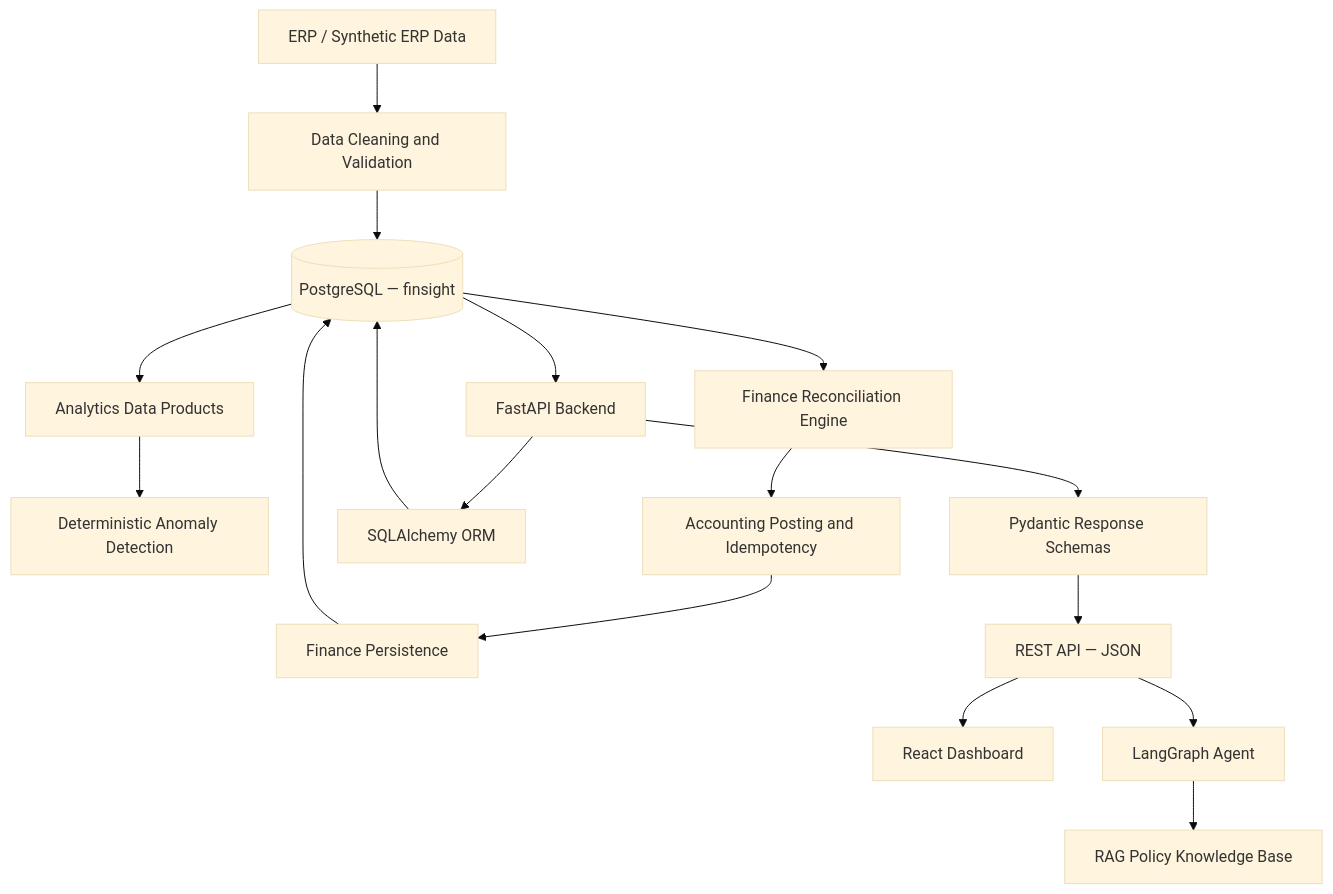
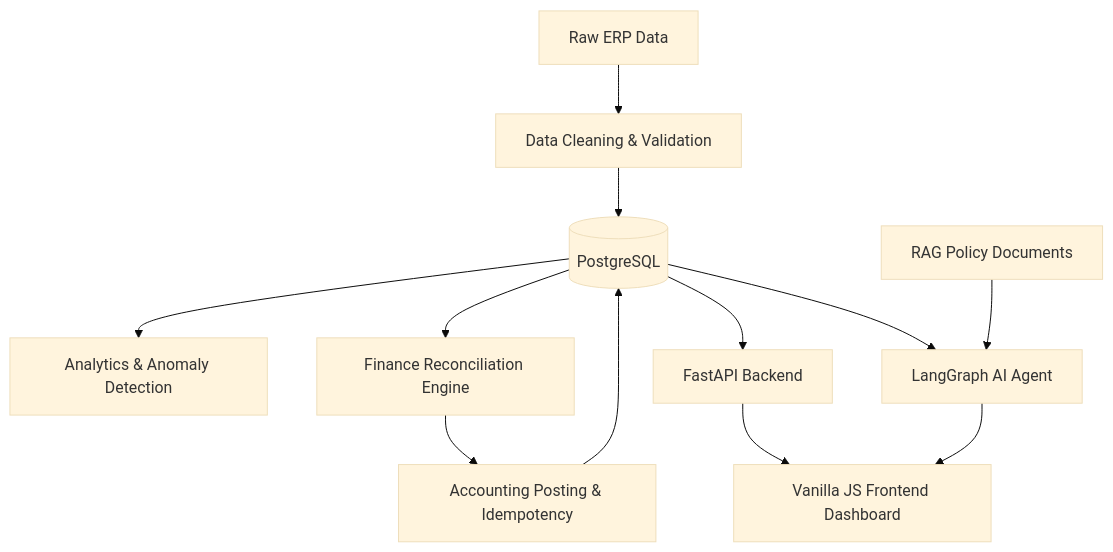
Before and after one commit to OjusGupta/Finsight: the first of 2 diagrams in README.md, drawn with Mermaid (base theme). The commit also changed other lines of this file, not shown here.

````diff
--- a/README.md
+++ b/README.md
@@ -101,19 +45,16 @@
 ```mermaid
 flowchart TD
-    A[ERP / Synthetic ERP Data] --> B[Data Cleaning and Validation]
-    B --> C[(PostgreSQL — finsight)]
-    C --> D[Analytics Data Products]
-    D --> E[Deterministic Anomaly Detection]
-    C --> F[Finance Reconciliation Engine]
-    F --> G[Accounting Posting and Idempotency]
-    G --> H[Finance Persistence]
-    H --> C
-    C --> I[FastAPI Backend]
-    I --> J[SQLAlchemy ORM]
-    J --> C
-    I --> K[Pydantic Response Schemas]
-    K --> L[REST API — JSON]
-    L --> M[React Dashboard]
-    L --> N[LangGraph Agent]
-    N --> O[RAG Policy Knowledge Base]
+    A[Raw ERP Data] --> B[Data Cleaning & Validation]
+    B --> C[(PostgreSQL)]
+    C --> D[Analytics & Anomaly Detection]
+    C --> E[Finance Reconciliation Engine]
+    E --> F[Accounting Posting & Idempotency]
+    F --> C
+    
+    C --> G[FastAPI Backend]
+    G --> H[Vanilla JS Frontend Dashboard]
+    
+    C --> I[LangGraph AI Agent]
+    J[RAG Policy Documents] --> I
+    I --> H
 ```
````
